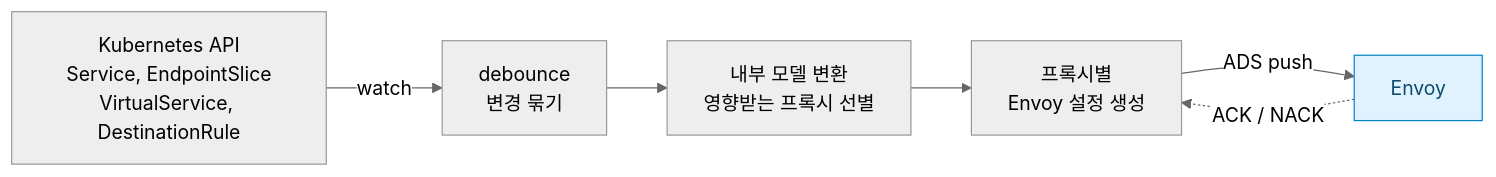
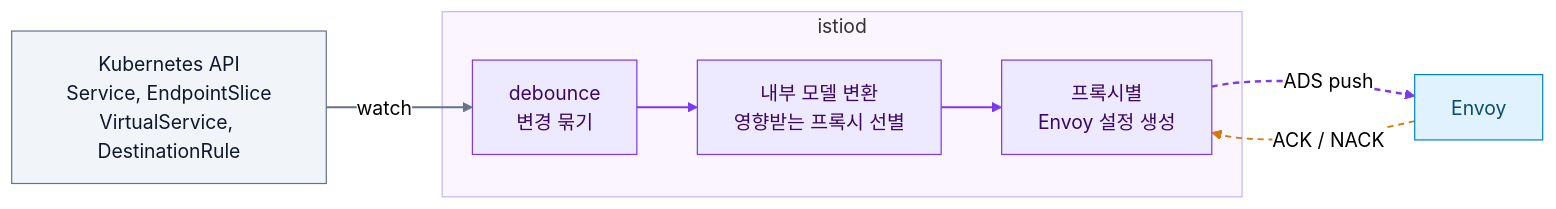
Before and after one commit to ChanghwanK/ChanghwanK.github.io: the sixth of 6 diagrams in content/posts/2026-09-26-istio-envoy-xds/index.md, drawn with Mermaid (neutral theme). The commit also changed other lines of this file, not shown here.

First line of the commit message:
content(blog): restore colored flowcharts, keep sequence diagrams plain

````diff
--- a/content/posts/2026-09-26-istio-envoy-xds/index.md
+++ b/content/posts/2026-09-26-istio-envoy-xds/index.md
@@ -224,11 +251,22 @@
 ```mermaid
 flowchart LR
-  K["Kubernetes API<br/>Service, EndpointSlice<br/>VirtualService, DestinationRule"] -->|watch| D["debounce<br/>변경 묶기"]
-  D --> M["내부 모델 변환<br/>영향받는 프록시 선별"]
-  M --> G["프록시별<br/>Envoy 설정 생성"]
+  K["Kubernetes API<br/>Service, EndpointSlice<br/>VirtualService, DestinationRule"] -->|watch| D
+  subgraph ISTIOD["istiod"]
+    D["debounce<br/>변경 묶기"] --> M["내부 모델 변환<br/>영향받는 프록시 선별"] --> G["프록시별<br/>Envoy 설정 생성"]
+  end
   G -->|"ADS push"| E["Envoy"]
-  E -.->|"ACK / NACK"| G
+  E -->|"ACK / NACK"| G
 
-  classDef accent fill:#e0f2fe,stroke:#0284c7,color:#0c4a6e
-  class E accent
+  classDef source fill:#f1f5f9,stroke:#64748b,color:#0f172a
+  classDef control fill:#ede9fe,stroke:#7c3aed,color:#3b0764
+  classDef proxy fill:#e0f2fe,stroke:#0284c7,color:#0c4a6e
+  class K source
+  class D,M,G control
+  class E proxy
+  style ISTIOD fill:#faf5ff,stroke:#c4b5fd
+
+  linkStyle 0 stroke:#64748b,stroke-width:1.5px
+  linkStyle 1,2 stroke:#7c3aed,stroke-width:1.5px
+  linkStyle 3 stroke:#7c3aed,stroke-width:2px,stroke-dasharray:5 4
+  linkStyle 4 stroke:#d97706,stroke-width:1.5px,stroke-dasharray:5 4
 ```
````
